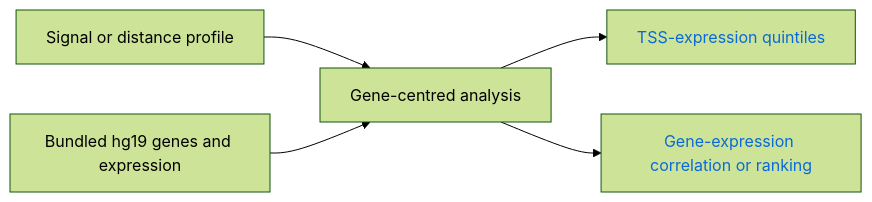
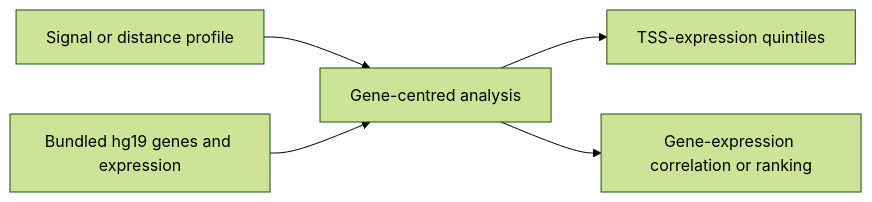
Diagram 16 of 18 in docs/WORKFLOWS.md (adjohnston85/NucleoSuite), drawn with Mermaid (forest theme) before and after one commit. The commit also changed other lines of this file and 84 other files, not shown here.

````diff
--- a/docs/WORKFLOWS.md
+++ b/docs/WORKFLOWS.md
@@ -431,12 +375,7 @@
 ```mermaid
 flowchart LR
     A[Signal or distance profile] --> C[Gene-centred analysis]
     B[Bundled hg19 genes and expression] --> C
     C --> D[TSS-expression quintiles]
     C --> E[Gene-expression correlation or ranking]
-
-    classDef commandLink color:#0969da,text-decoration:none;
-    class D,E commandLink;
-    click D href "https://github.com/adjohnston85/NucleoSuite/blob/main/docs/commands/tss-expression-quintiles.md" "Open tss-expression-quintiles documentation"
-    click E href "https://github.com/adjohnston85/NucleoSuite/blob/main/docs/commands/gene-expression.md" "Open gene-expression documentation"
 ```
````
